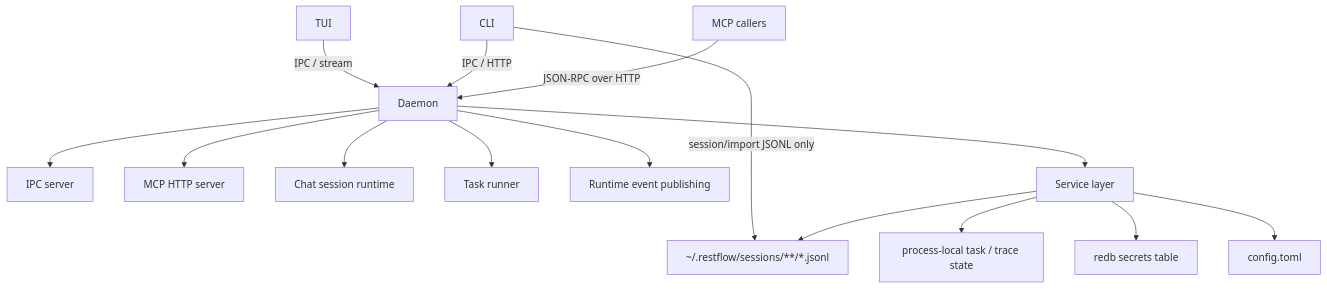
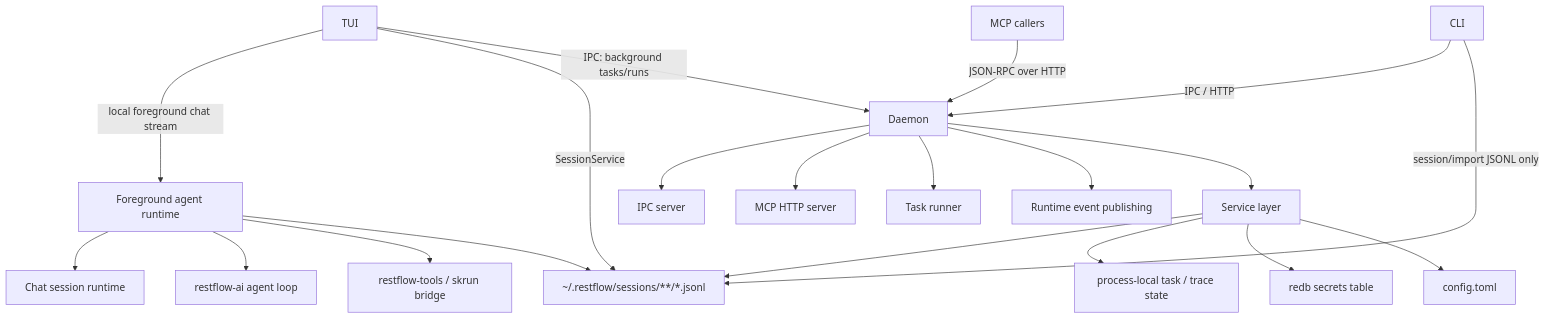
Before and after one commit to lhwzds/restflow: the first of 4 diagrams in SYSTEM_ARCHITECTURE.md, drawn with Mermaid. The commit also changed other lines of this file and 147 other files, not shown here.

````diff
--- a/SYSTEM_ARCHITECTURE.md
+++ b/SYSTEM_ARCHITECTURE.md
@@ -37,19 +46,25 @@
 ```mermaid
 flowchart TD
-    TUI["TUI"] -->|"IPC / stream"| Daemon["Daemon"]
+    TUI["TUI"] -->|"local foreground chat stream"| Foreground["Foreground agent runtime"]
+    TUI -->|"SessionService"| SessionFiles["~/.restflow/sessions/**/*.jsonl"]
+    TUI -->|"IPC: background tasks/runs"| Daemon["Daemon"]
     CLI["CLI"] -->|"IPC / HTTP"| Daemon
     McpCallers["MCP callers"] -->|"JSON-RPC over HTTP"| Daemon
 
+    Foreground --> Chat["Chat session runtime"]
+    Foreground --> AgentLoop["restflow-ai agent loop"]
+    Foreground --> Tools["restflow-tools / skrun bridge"]
+    Foreground --> SessionFiles
+
     Daemon --> Ipc["IPC server"]
     Daemon --> Mcp["MCP HTTP server"]
-    Daemon --> Chat["Chat session runtime"]
     Daemon --> Runner["Task runner"]
     Daemon --> Runtime["Runtime event publishing"]
     Daemon --> Services["Service layer"]
-    CLI -->|"session/import JSONL only"| SessionFiles["~/.restflow/sessions/**/*.jsonl"]
+    CLI -->|"session/import JSONL only"| SessionFiles
 
     Services --> SessionFiles
     Services --> RuntimeState["process-local task / trace state"]
     Services --> Secrets["redb secrets table"]
     Services --> Config["config.toml"]
 ```
````
